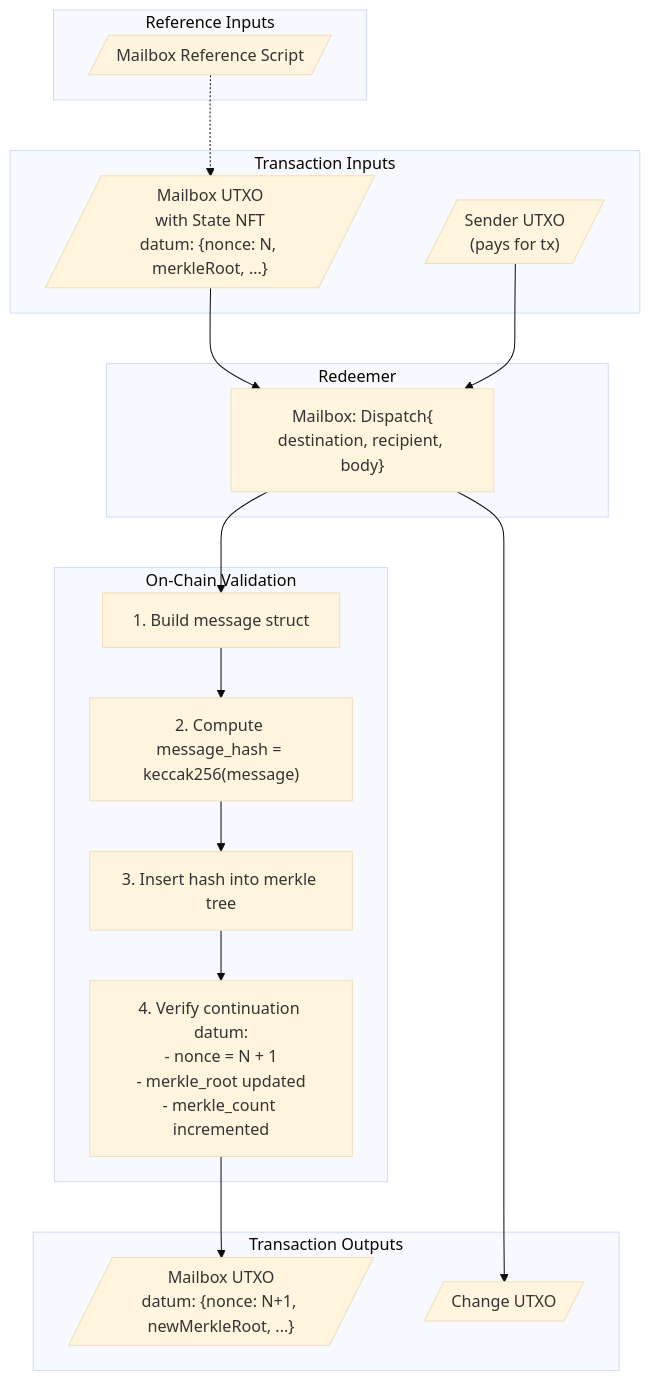
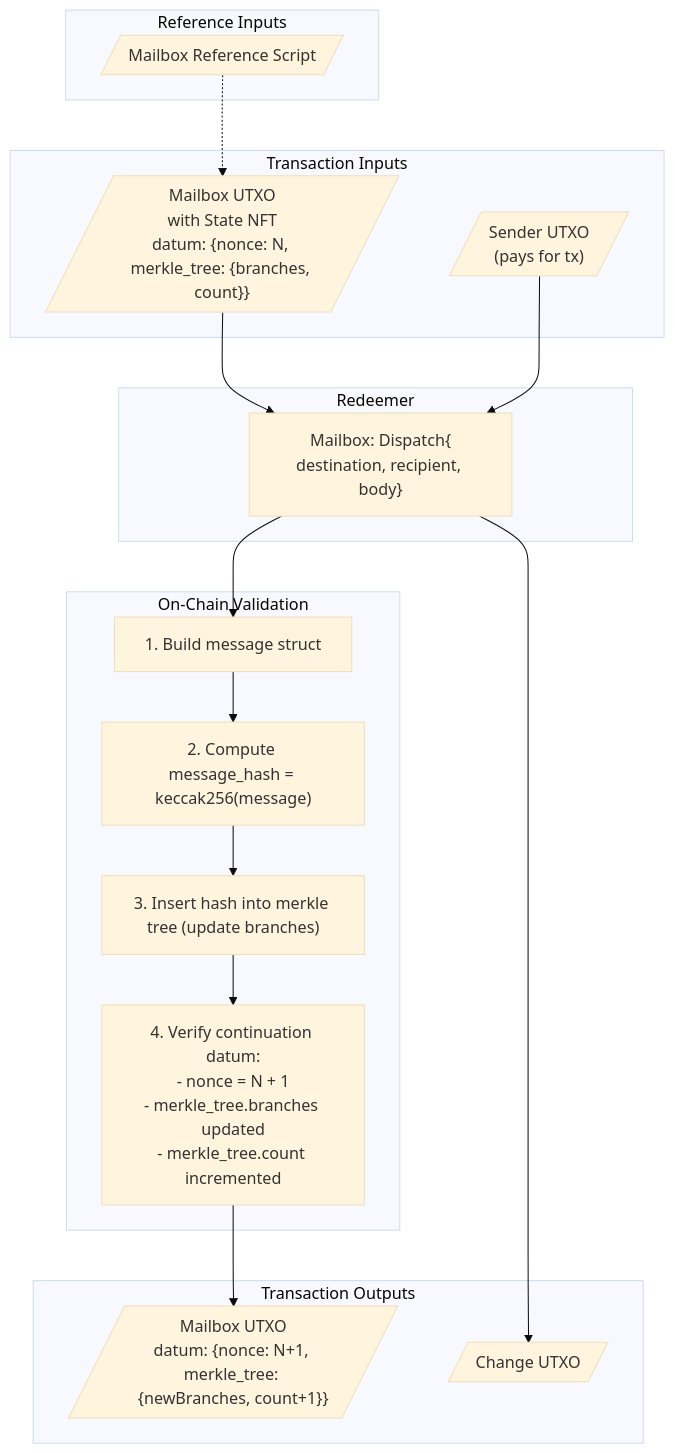
One commit to eigerco/hyperlane-monorepo changed the fifth of 14 diagrams in cardano/docs/DESIGN.md. Above: the diagram before and after it, drawn with Mermaid (base theme). The commit also changed other lines of this file and 12 other files, not shown here.

First line of the commit message:
feat(cardano): store full merkle tree branches in mailbox datum

````diff
--- a/cardano/docs/DESIGN.md
+++ b/cardano/docs/DESIGN.md
@@ -203,38 +203,38 @@
 ```mermaid
 flowchart TB
     subgraph Inputs["Transaction Inputs"]
-        MI[/"Mailbox UTXO<br/>with State NFT<br/>datum: {nonce: N, merkleRoot, ...}"/]
+        MI[/"Mailbox UTXO<br/>with State NFT<br/>datum: {nonce: N, merkle_tree: {branches, count}}"/]
         SI[/"Sender UTXO<br/>(pays for tx)"/]
     end
 
     subgraph RefInputs["Reference Inputs"]
         MBScript[/"Mailbox Reference Script"/]
     end
 
     subgraph Redeemer["Redeemer"]
         DR["Mailbox: Dispatch{<br/>destination, recipient, body}"]
     end
 
     subgraph Validation["On-Chain Validation"]
         V1["1. Build message struct"]
         V2["2. Compute message_hash = keccak256(message)"]
-        V3["3. Insert hash into merkle tree"]
-        V4["4. Verify continuation datum:<br/>- nonce = N + 1<br/>- merkle_root updated<br/>- merkle_count incremented"]
+        V3["3. Insert hash into merkle tree (update branches)"]
+        V4["4. Verify continuation datum:<br/>- nonce = N + 1<br/>- merkle_tree.branches updated<br/>- merkle_tree.count incremented"]
     end
 
     subgraph Outputs["Transaction Outputs"]
-        MO[/"Mailbox UTXO<br/>datum: {nonce: N+1, newMerkleRoot, ...}"/]
+        MO[/"Mailbox UTXO<br/>datum: {nonce: N+1, merkle_tree: {newBranches, count+1}}"/]
         CO[/"Change UTXO"/]
     end
 
     MI --> DR
     SI --> DR
     DR --> V1
     V1 --> V2
     V2 --> V3
     V3 --> V4
     V4 --> MO
     DR --> CO
 
     MBScript -.-> MI
 ```
````
